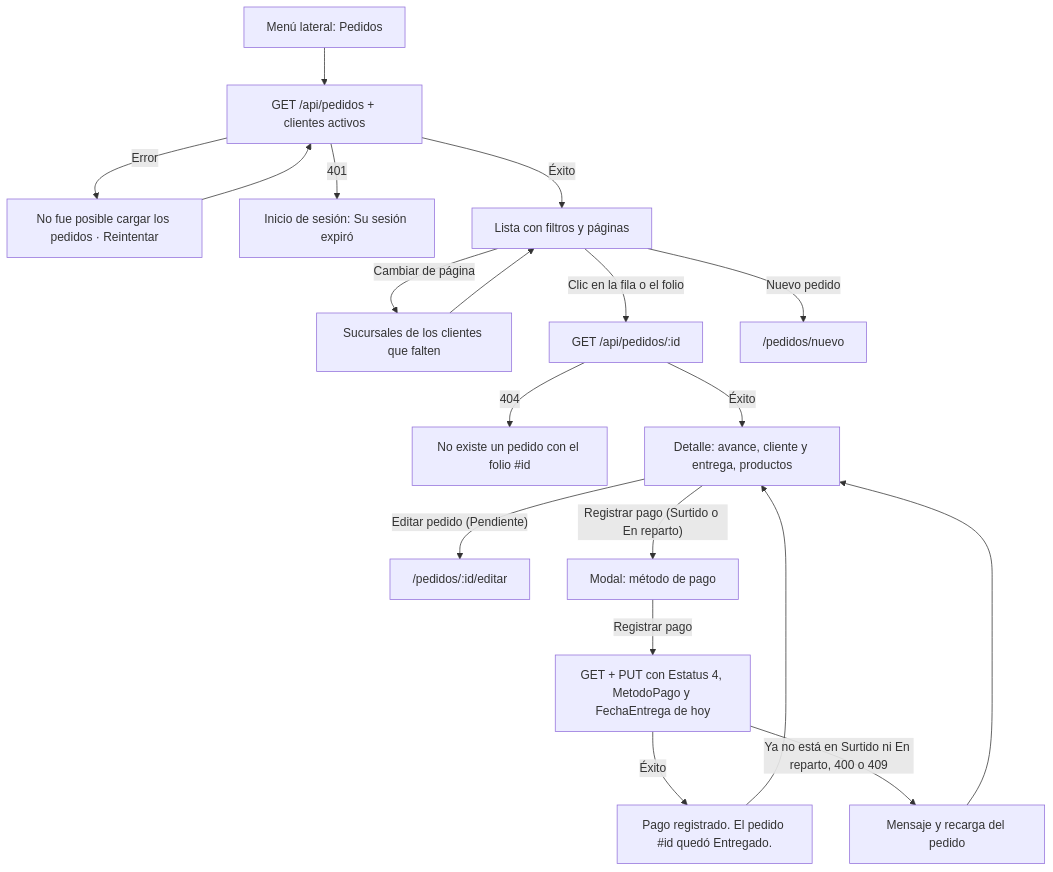
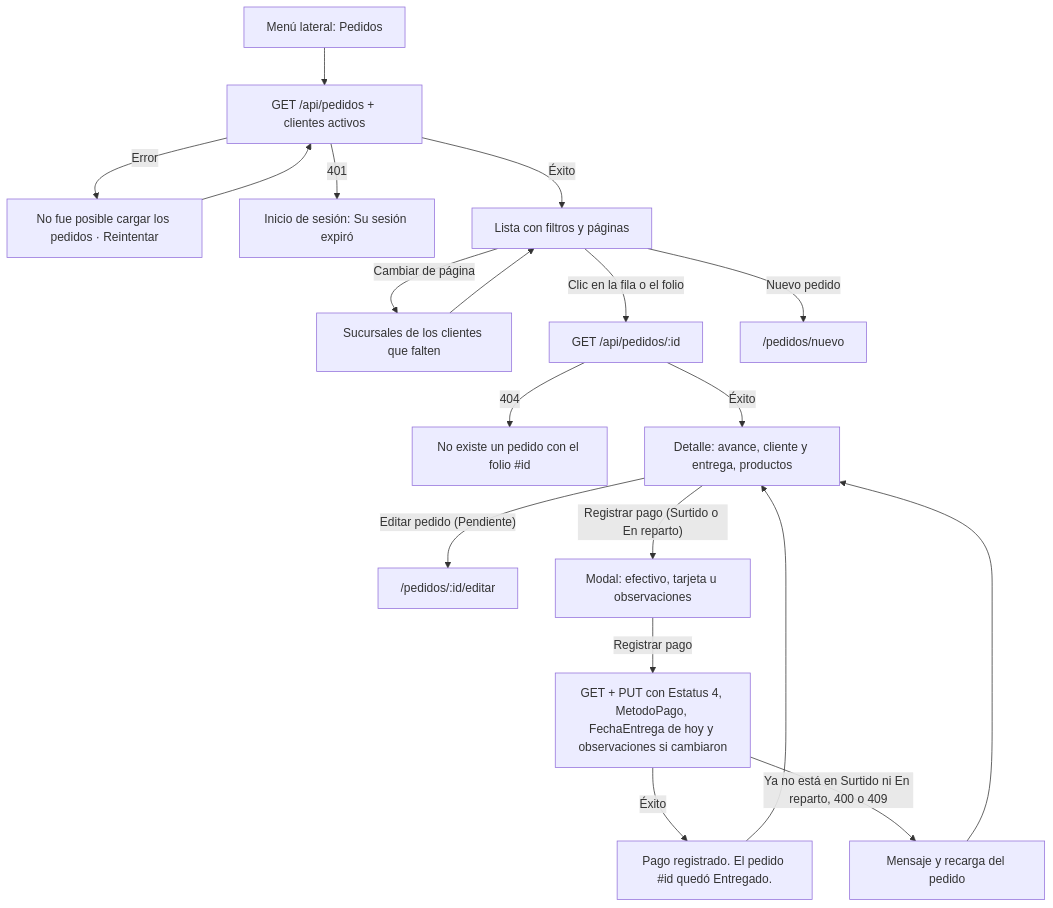
One commit to ROOB1114/GlobalFoods-Web changed the third of 4 diagrams in FLUJO-APLICACION.md. Above: the diagram before and after it, drawn with Mermaid. The commit also changed other lines of this file and 9 other files, not shown here.

````diff
--- a/FLUJO-APLICACION.md
+++ b/FLUJO-APLICACION.md
@@ -133,17 +133,17 @@
 ```mermaid
 flowchart TD
     A[Menú lateral: Pedidos] --> B[GET /api/pedidos + clientes activos]
     B -- Error --> C[No fue posible cargar los pedidos · Reintentar] --> B
     B -- 401 --> S[Inicio de sesión: Su sesión expiró]
     B -- Éxito --> D[Lista con filtros y páginas]
     D -- Cambiar de página --> E[Sucursales de los clientes que falten] --> D
     D -- Clic en la fila o el folio --> F[GET /api/pedidos/:id]
     F -- 404 --> G["No existe un pedido con el folio #id"]
     F -- Éxito --> H[Detalle: avance, cliente y entrega, productos]
     D -- Nuevo pedido --> N["/pedidos/nuevo"]
     H -- "Editar pedido (Pendiente)" --> ED["/pedidos/:id/editar"]
-    H -- "Registrar pago (Surtido o En reparto)" --> P["Modal: método de pago"]
-    P -- Registrar pago --> P1[GET + PUT con Estatus 4, MetodoPago y FechaEntrega de hoy]
+    H -- "Registrar pago (Surtido o En reparto)" --> P["Modal: efectivo, tarjeta u observaciones"]
+    P -- Registrar pago --> P1[GET + PUT con Estatus 4, MetodoPago, FechaEntrega de hoy y observaciones si cambiaron]
     P1 -- Éxito --> P2["Pago registrado. El pedido #id quedó Entregado."] --> H
     P1 -- "Ya no está en Surtido ni En reparto, 400 o 409" --> P3[Mensaje y recarga del pedido] --> H
 ```
````
